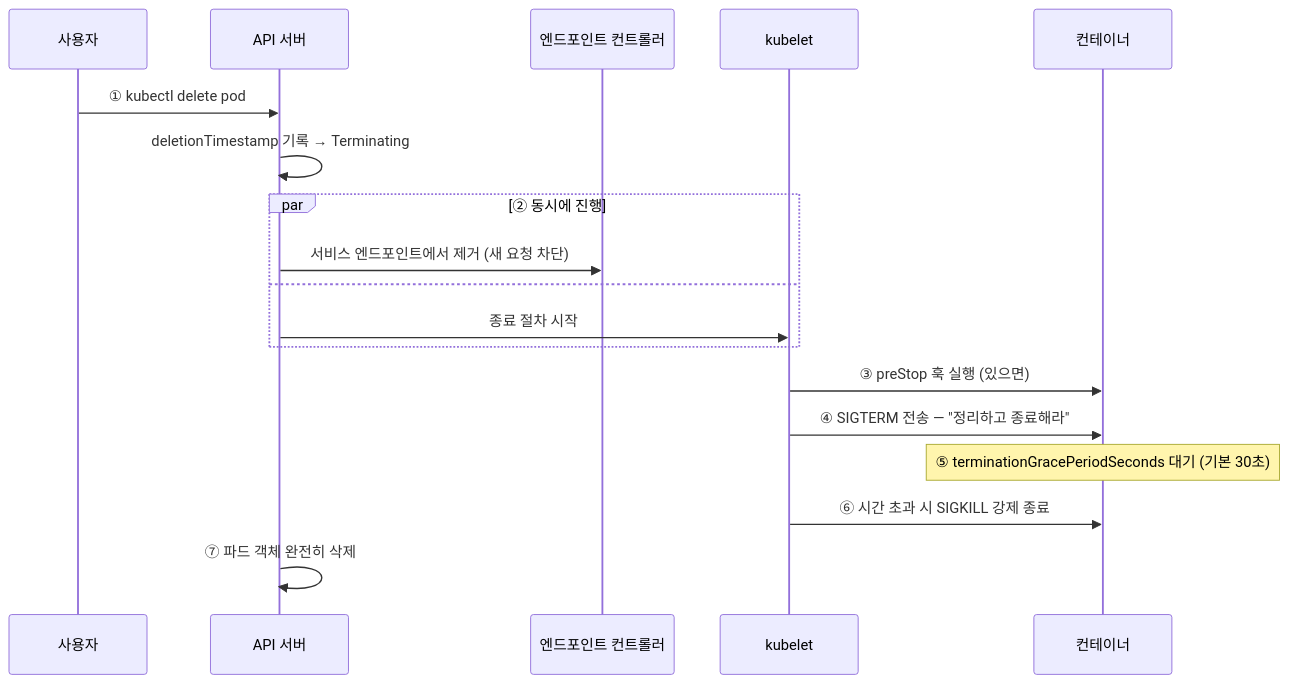
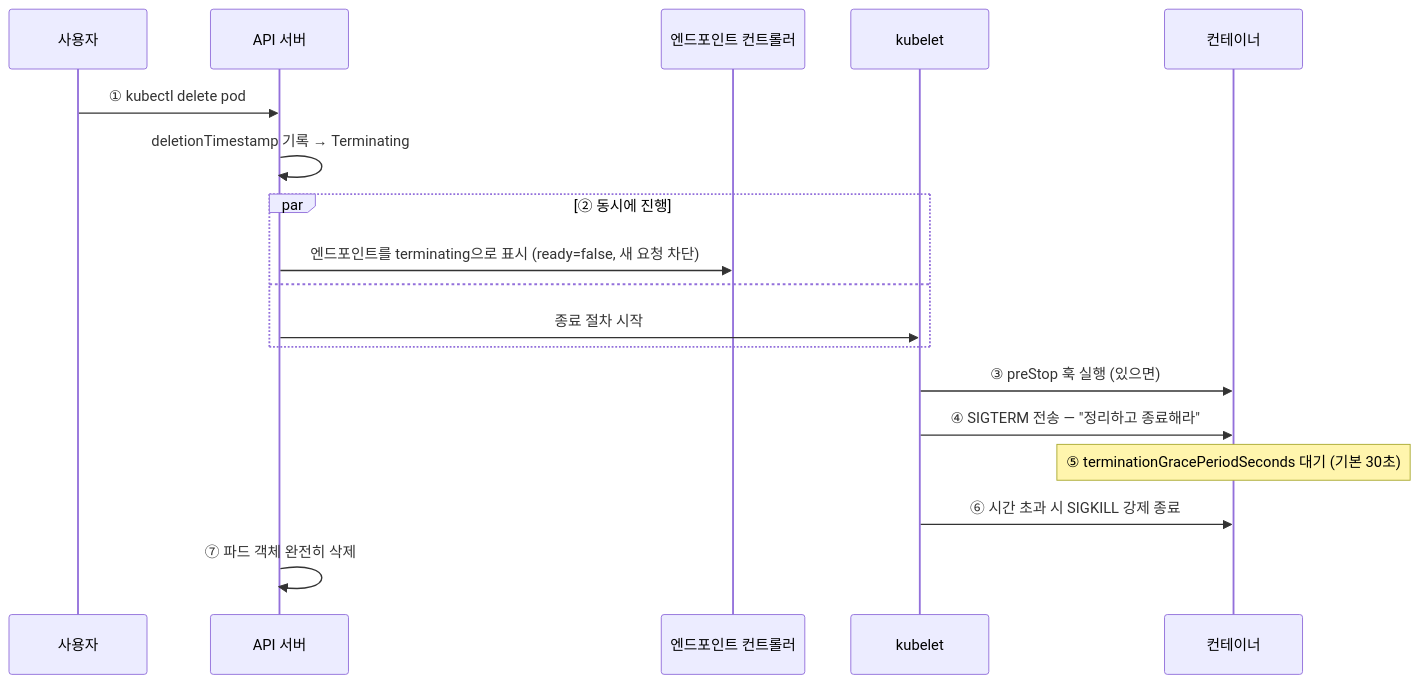
Before and after one commit to ff-1204/Kubernetes-in-Action: the second of 2 diagrams in 05장. 다중 컨테이너 파드와 객체 상태/5.2 초기화 컨테이너와 파드 삭제.md, drawn with Mermaid. The commit also changed other lines of this file and 22 other files, not shown here.

````diff
--- a/05장. 다중 컨테이너 파드와 객체 상태/5.2 초기화 컨테이너와 파드 삭제.md
+++ b/05장. 다중 컨테이너 파드와 객체 상태/5.2 초기화 컨테이너와 파드 삭제.md
@@ -132,21 +132,21 @@
 ```mermaid
 sequenceDiagram
     participant U as 사용자
     participant A as API 서버
     participant E as 엔드포인트 컨트롤러
     participant K as kubelet
     participant C as 컨테이너
 
     U->>A: ① kubectl delete pod
     A->>A: deletionTimestamp 기록 → Terminating
     par ② 동시에 진행
-        A->>E: 서비스 엔드포인트에서 제거 (새 요청 차단)
+        A->>E: 엔드포인트를 terminating으로 표시 (ready=false, 새 요청 차단)
     and
         A->>K: 종료 절차 시작
     end
     K->>C: ③ preStop 훅 실행 (있으면)
     K->>C: ④ SIGTERM 전송 — "정리하고 종료해라"
     Note over C: ⑤ terminationGracePeriodSeconds 대기 (기본 30초)
     K->>C: ⑥ 시간 초과 시 SIGKILL 강제 종료
     A->>A: ⑦ 파드 객체 완전히 삭제
 ```
````
